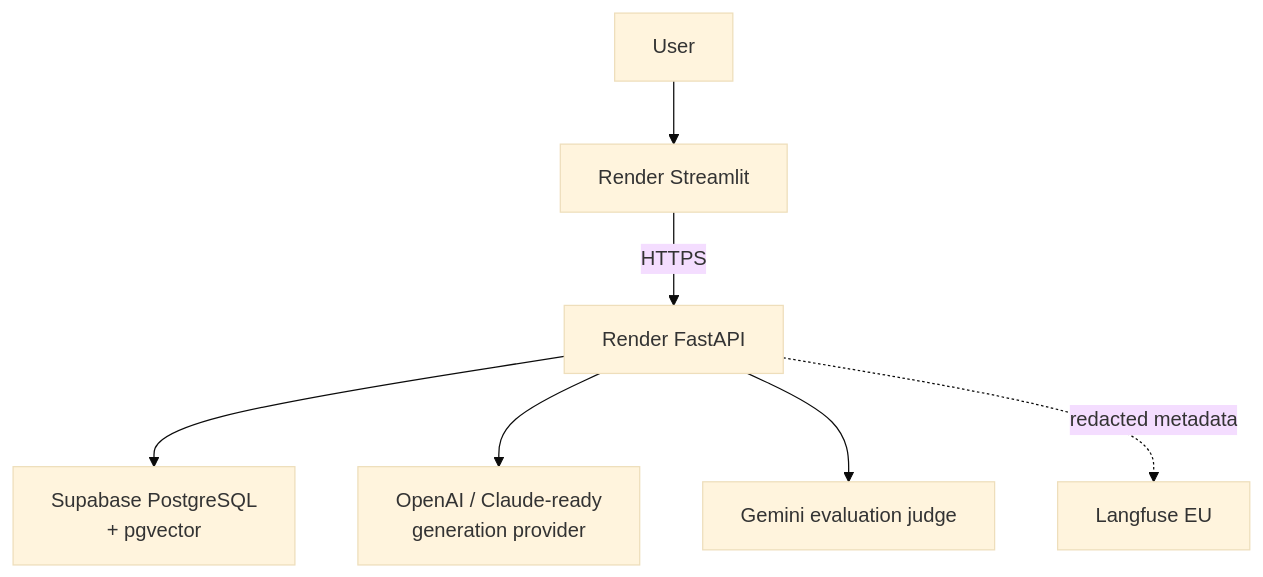
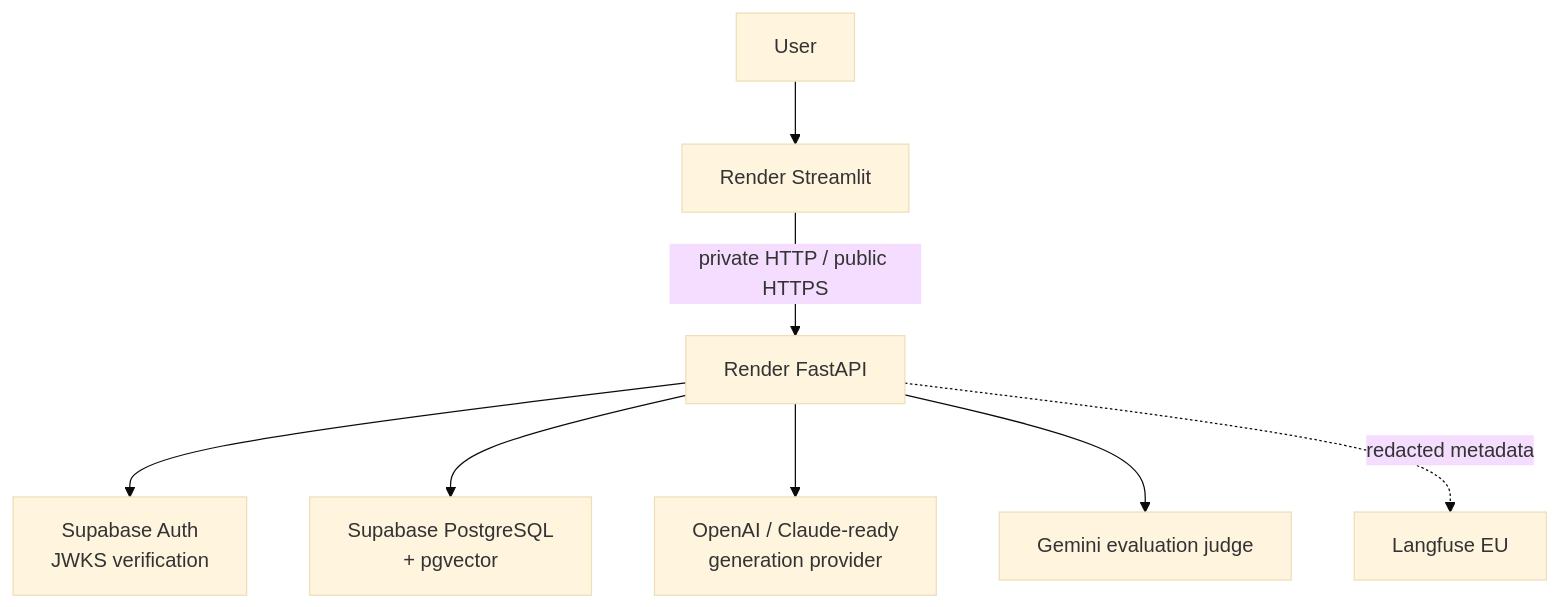
The fifth of 7 diagrams in README.md (RashWadhwa/university-student-success-agent), drawn with Mermaid (base theme) before and after one commit. The commit also changed other lines of this file and 60 other files, not shown here.

````diff
--- a/README.md
+++ b/README.md
@@ -219,9 +230,10 @@
 ```mermaid
 flowchart TD
     US["User"] --> ST["Render Streamlit"]
-    ST -->|"HTTPS"| API["Render FastAPI"]
+    ST -->|"private HTTP / public HTTPS"| API["Render FastAPI"]
+    API --> AUTH["Supabase Auth<br/>JWKS verification"]
     API --> DB["Supabase PostgreSQL<br/>+ pgvector"]
     API --> GP["OpenAI / Claude-ready<br/>generation provider"]
     API --> EJ["Gemini evaluation judge"]
     API -. "redacted metadata" .-> LF["Langfuse EU"]
 ```
````
